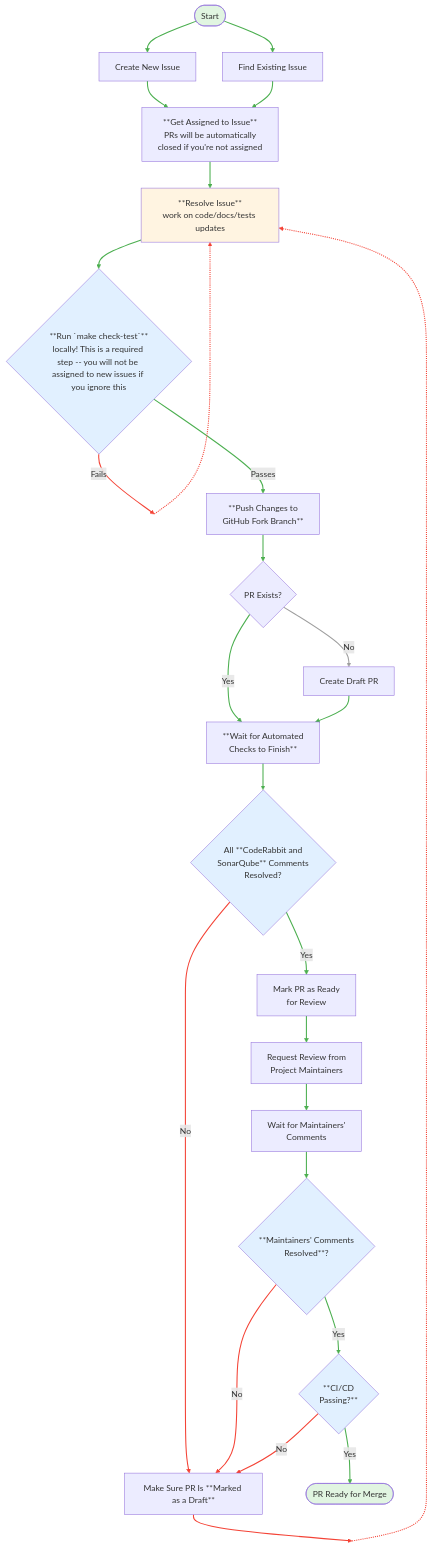
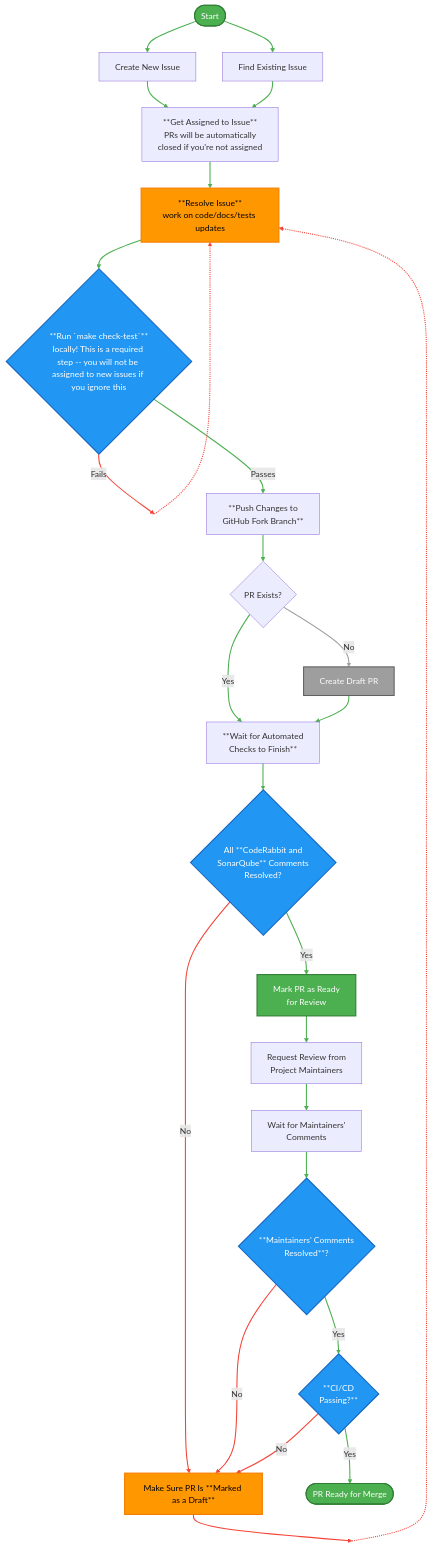
Before and after one commit to OWASP/Nest: the diagram in CONTRIBUTING.md, drawn with Mermaid.

Commit message:
Dark theme updates

````diff
--- a/CONTRIBUTING.md
+++ b/CONTRIBUTING.md
@@ -421,70 +421,73 @@
 ```mermaid
 flowchart TD
     Start([Start]) --> CreateIssue[Create New Issue]
     Start --> FindIssue[Find Existing Issue]
     CreateIssue --> GetAssigned["**Get Assigned to Issue**<br/>PRs will be automatically<br/>closed if you're not assigned"]
     FindIssue --> GetAssigned
     GetAssigned --> ResolveIssue[**Resolve Issue**<br/>work on code/docs/tests updates]
 
     ResolveIssue --> RunChecks{**Run `make check-test`**<br/>locally! This is a required step -- you will not be assigned to new issues if you ignore this}
     RunChecks -->|Fails| WP1[ ]
     RunChecks -->|Passes| PushChanges[**Push Changes to<br/>GitHub Fork Branch**]
     WP1 -.-> ResolveIssue
 
     PushChanges --> HasPR{PR Exists?}
     HasPR -->|No| CreateDraftPR[Create Draft PR]
     HasPR -->|Yes| WaitAutoChecks[**Wait for Automated<br/>Checks to Finish**]
     CreateDraftPR --> WaitAutoChecks
 
     WaitAutoChecks --> CheckAutoTools{All **CodeRabbit and <br/>SonarQube** Comments<br/>Resolved?}
     CheckAutoTools -->|No| MarkDraft[Make Sure PR Is **Marked as a Draft**]
     CheckAutoTools -->|Yes| MarkReady[Mark PR as Ready<br/>for Review]
     MarkDraft --> WP2[ ]
     WP2 -.-> ResolveIssue
 
     MarkReady --> RequestReview[Request Review from<br/>Project Maintainers]
     RequestReview --> WaitMaintainer[Wait for Maintainers'<br/>Comments]
 
     WaitMaintainer --> HasMaintainerComments{**Maintainers' Comments<br/>Resolved**?}
     HasMaintainerComments -->|No| MarkDraft
     HasMaintainerComments -->|Yes| CheckCI{**CI/CD<br/>Passing?**}
 
     CheckCI -->|Yes| ReadyMerge([PR Ready for Merge])
     CheckCI -->|No| MarkDraft
 
-    style Start fill:#e1f5e1
-    style ReadyMerge fill:#e1f5e1
-    style ResolveIssue fill:#fff4e1
-    style RunChecks fill:#e1f0ff
-    style CheckAutoTools fill:#e1f0ff
-    style HasMaintainerComments fill:#e1f0ff
-    style CheckCI fill:#e1f0ff
+    style Start fill:#4caf50,stroke:#2e7d32,stroke-width:2px,color:#ffffff
+    style ReadyMerge fill:#4caf50,stroke:#2e7d32,stroke-width:2px,color:#ffffff
+    style ResolveIssue fill:#ff9800,stroke:#f57c00,stroke-width:2px,color:#000000
+    style RunChecks fill:#2196f3,stroke:#1565c0,stroke-width:2px,color:#ffffff
+    style CheckAutoTools fill:#2196f3,stroke:#1565c0,stroke-width:2px,color:#ffffff
+    style HasMaintainerComments fill:#2196f3,stroke:#1565c0,stroke-width:2px,color:#ffffff
+    style CheckCI fill:#2196f3,stroke:#1565c0,stroke-width:2px,color:#ffffff
+    style MarkDraft fill:#ff9800,stroke:#f57c00,stroke-width:2px,color:#000000
+    style MarkReady fill:#4caf50,stroke:#2e7d32,stroke-width:2px,color:#ffffff
+    style CreateDraftPR fill:#9e9e9e,stroke:#616161,stroke-width:2px,color:#ffffff
     style WP1 fill:transparent,stroke:transparent,color:transparent,width:0px,height:0px
     style WP2 fill:transparent,stroke:transparent,color:transparent,width:0px,height:0px
 
     linkStyle 0 stroke:#4caf50,stroke-width:2px
     linkStyle 1 stroke:#4caf50,stroke-width:2px
     linkStyle 2 stroke:#4caf50,stroke-width:2px
     linkStyle 3 stroke:#4caf50,stroke-width:2px
     linkStyle 4 stroke:#4caf50,stroke-width:2px
     linkStyle 5 stroke:#4caf50,stroke-width:2px
     linkStyle 6 stroke:#f44336,stroke-width:2px
     linkStyle 7 stroke:#4caf50,stroke-width:2px
     linkStyle 8 stroke:#f44336,stroke-width:2px
     linkStyle 9 stroke:#4caf50,stroke-width:2px
     linkStyle 10 stroke:#9e9e9e,stroke-width:2px
     linkStyle 11 stroke:#4caf50,stroke-width:2px
     linkStyle 12 stroke:#4caf50,stroke-width:2px
     linkStyle 13 stroke:#4caf50,stroke-width:2px
     linkStyle 14 stroke:#f44336,stroke-width:2px
     linkStyle 15 stroke:#4caf50,stroke-width:2px
     linkStyle 16 stroke:#f44336,stroke-width:2px
     linkStyle 17 stroke:#f44336,stroke-width:2px
     linkStyle 18 stroke:#4caf50,stroke-width:2px
     linkStyle 19 stroke:#4caf50,stroke-width:2px
     linkStyle 20 stroke:#4caf50,stroke-width:2px
     linkStyle 21 stroke:#f44336,stroke-width:2px
     linkStyle 22 stroke:#4caf50,stroke-width:2px
     linkStyle 23 stroke:#4caf50,stroke-width:2px
     linkStyle 24 stroke:#f44336,stroke-width:2px
 ```
````
